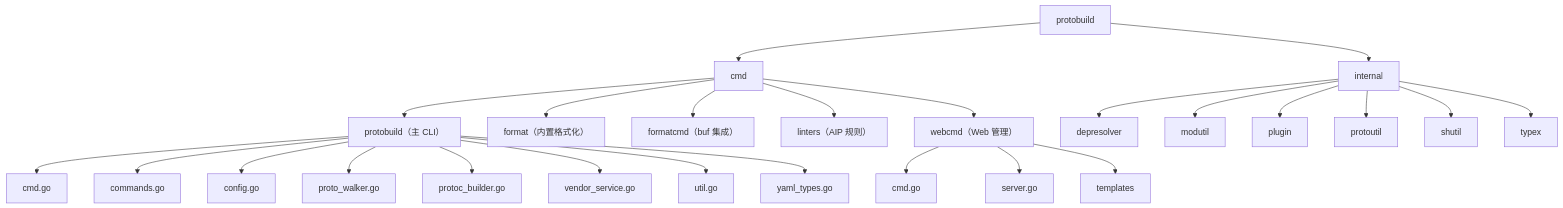
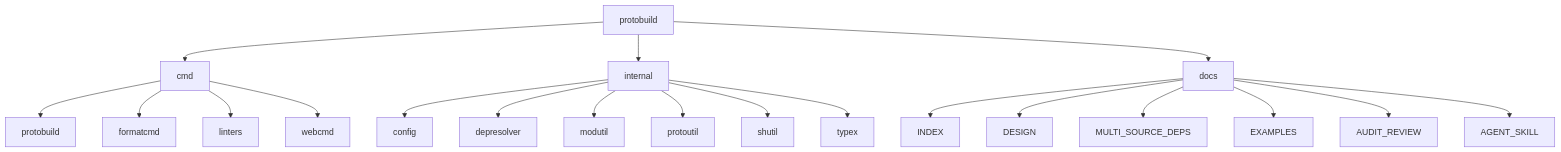
Before and after one commit to pubgo/protobuild: the fourth of 4 diagrams in README.md, drawn with Mermaid. The commit also changed other lines of this file and 9 other files, not shown here.

````diff
--- a/README.md
+++ b/README.md
@@ -427,33 +123,26 @@
 ```mermaid
 flowchart TD
   ROOT[protobuild]
-
   ROOT --> CMD[cmd]
   ROOT --> INTERNAL[internal]
+  ROOT --> DOCS[docs]
 
-  CMD --> CMDPB[protobuild（主 CLI）]
-  CMD --> CMDFMT[format（内置格式化）]
-  CMD --> CMDFMTCMD[formatcmd（buf 集成）]
-  CMD --> CMDLINT[linters（AIP 规则）]
-  CMD --> CMDWEB[webcmd（Web 管理）]
+  CMD --> P1[protobuild]
+  CMD --> P2[formatcmd]
+  CMD --> P3[linters]
+  CMD --> P4[webcmd]
 
-  CMDPB --> F1[cmd.go]
-  CMDPB --> F2[commands.go]
-  CMDPB --> F3[config.go]
-  CMDPB --> F4[proto_walker.go]
-  CMDPB --> F5[protoc_builder.go]
-  CMDPB --> F6[vendor_service.go]
-  CMDPB --> F7[util.go]
-  CMDPB --> F8[yaml_types.go]
-
-  CMDWEB --> W1[cmd.go]
-  CMDWEB --> W2[server.go]
-  CMDWEB --> W3[templates]
-
-  INTERNAL --> I1[depresolver]
-  INTERNAL --> I2[modutil]
-  INTERNAL --> I3[plugin]
+  INTERNAL --> I1[config]
+  INTERNAL --> I2[depresolver]
+  INTERNAL --> I3[modutil]
   INTERNAL --> I4[protoutil]
   INTERNAL --> I5[shutil]
   INTERNAL --> I6[typex]
+
+  DOCS --> D1[INDEX]
+  DOCS --> D2[DESIGN]
+  DOCS --> D3[MULTI_SOURCE_DEPS]
+  DOCS --> D4[EXAMPLES]
+  DOCS --> D5[AUDIT_REVIEW]
+  DOCS --> D6[AGENT_SKILL]
 ```
````
